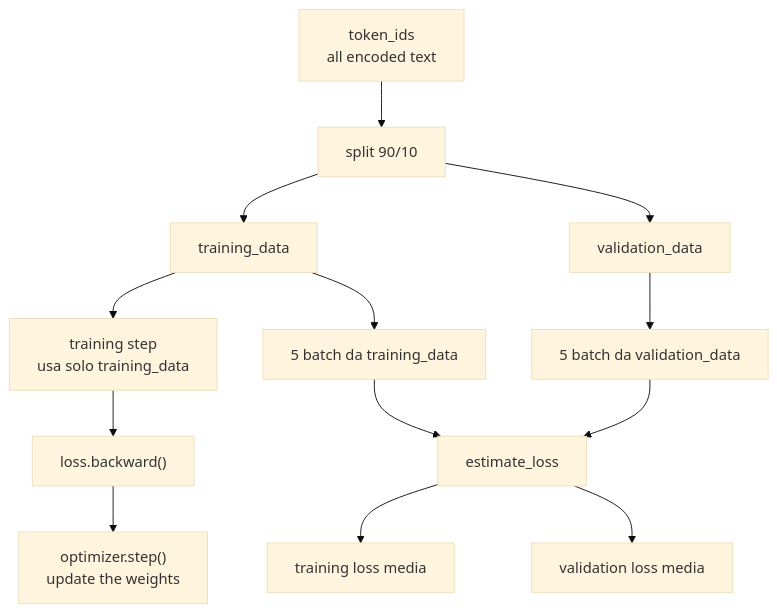
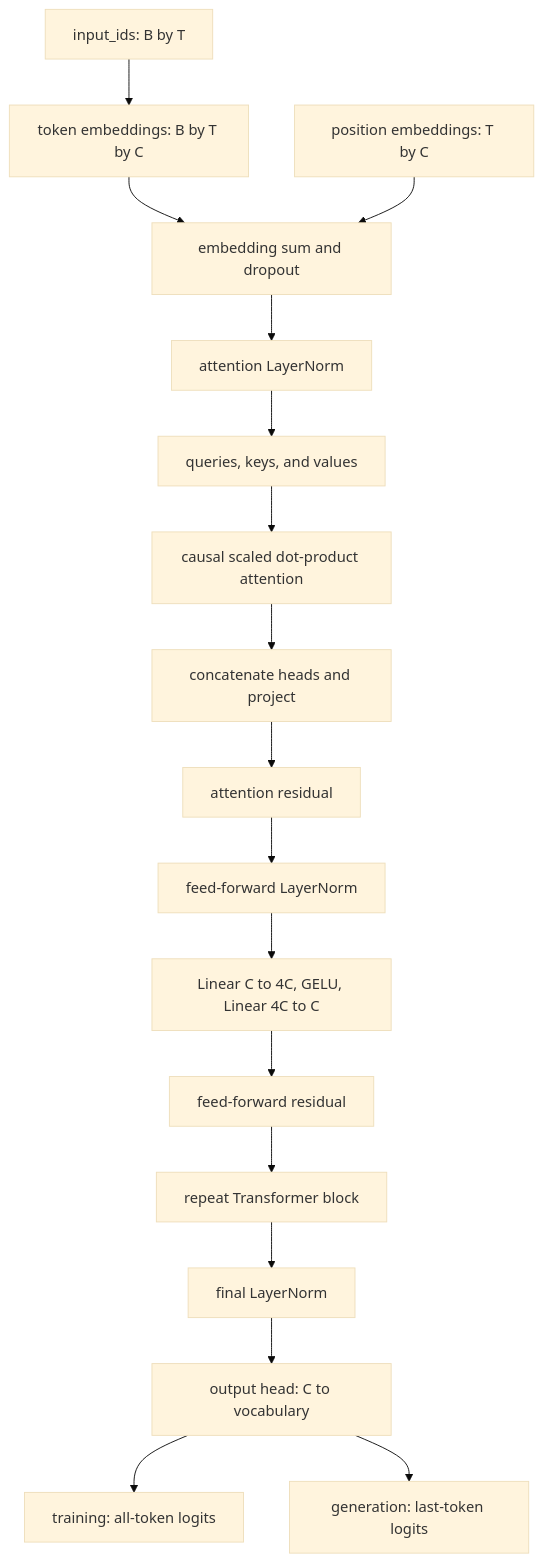
Before and after one commit to ferdinandobons/learn-gpt: the second of 3 diagrams in course_en.md, drawn with Mermaid (base theme). The commit also changed other lines of this file and 21 other files, not shown here.

````diff
--- a/course_en.md
+++ b/course_en.md
@@ -8386,24 +136,26 @@
 ```mermaid
 flowchart TD
-    A["token_ids<br/>all encoded text"]
-    B["split 90/10"]
-    C["training_data"]
-    D["validation_data"]
-    E["training step<br/>usa solo training_data"]
-    F["loss.backward()"]
-    G["optimizer.step()<br/>update the weights"]
-    H["estimate_loss"]
-    I["5 batch da training_data"]
-    J["5 batch da validation_data"]
-    K["training loss media"]
-    L["validation loss media"]
+    A["input_ids: B by T"]
+    B["token embeddings: B by T by C"]
+    C["position embeddings: T by C"]
+    D["embedding sum and dropout"]
+    E["attention LayerNorm"]
+    F["queries, keys, and values"]
+    G["causal scaled dot-product attention"]
+    H["concatenate heads and project"]
+    I["attention residual"]
+    J["feed-forward LayerNorm"]
+    K["Linear C to 4C, GELU, Linear 4C to C"]
+    L["feed-forward residual"]
+    M["repeat Transformer block"]
+    N["final LayerNorm"]
+    O["output head: C to vocabulary"]
+    P["training: all-token logits"]
+    Q["generation: last-token logits"]
 
-    A --> B
-    B --> C
-    B --> D
-    C --> E --> F --> G
-    C --> I --> H
-    D --> J --> H
-    H --> K
-    H --> L
+    A --> B --> D
+    C --> D
+    D --> E --> F --> G --> H --> I --> J --> K --> L --> M --> N --> O
+    O --> P
+    O --> Q
 ```
````
